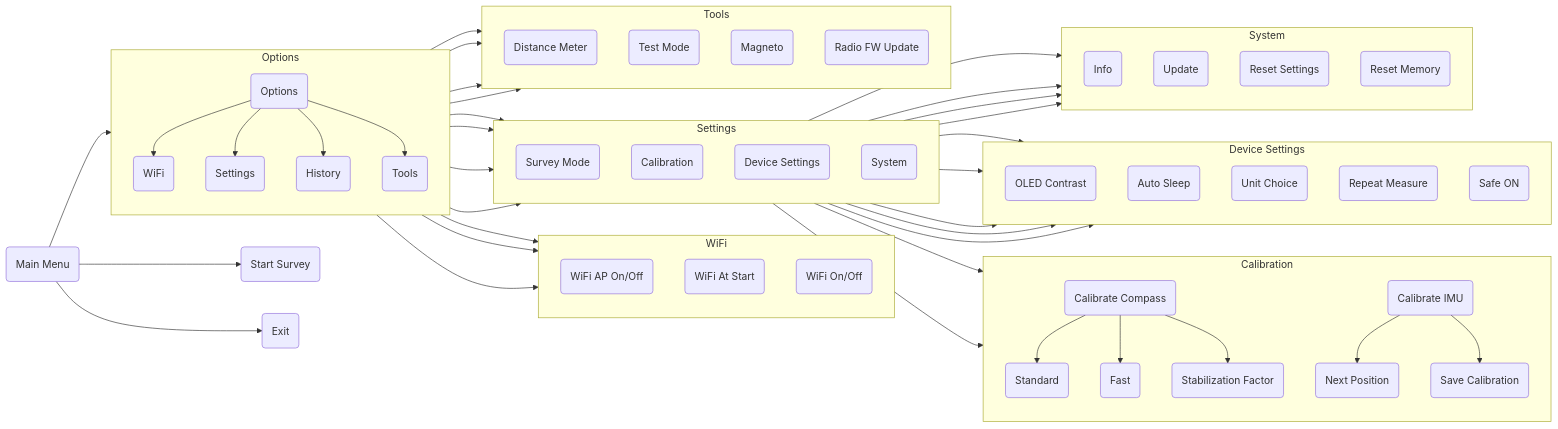
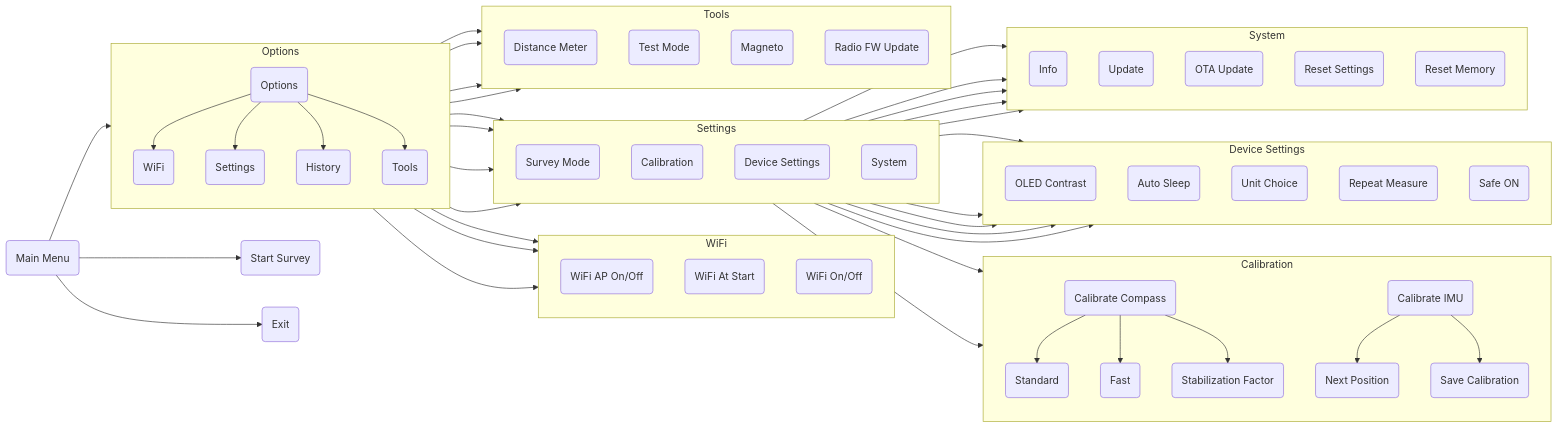
Before and after one commit to SebKister/JedEye-Documentation: the diagram in website/docs/Menus-Overview.md, drawn with Mermaid. The commit also changed 3 other files, not shown here.

```diff
--- a/website/docs/Menus-Overview.md
+++ b/website/docs/Menus-Overview.md
@@ -94,11 +94,13 @@
         direction TB
         SysInfo(Info)
         Update(Update)
+        OTAUpdate(OTA Update)
         ResetSet(Reset Settings)
         ResetMem(Reset Memory)
         
         System --> SysInfo
         System --> Update
+        System --> OTAUpdate
         System --> ResetSet
         System --> ResetMem
     end
```
